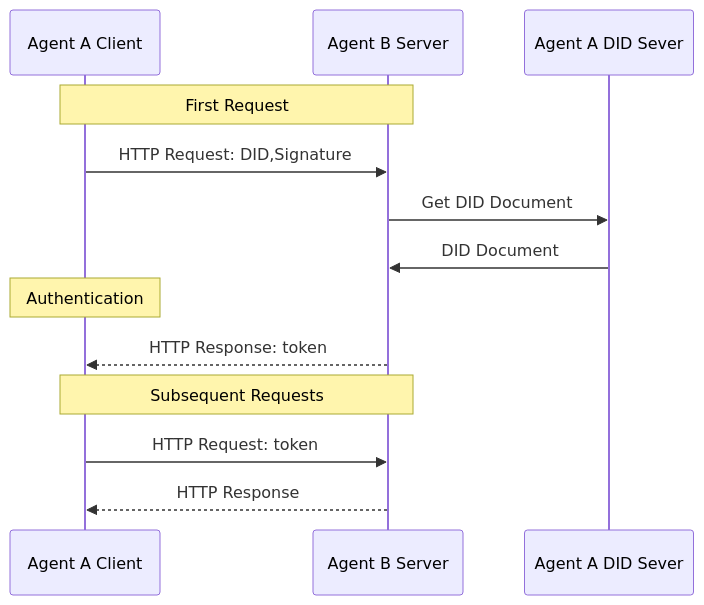
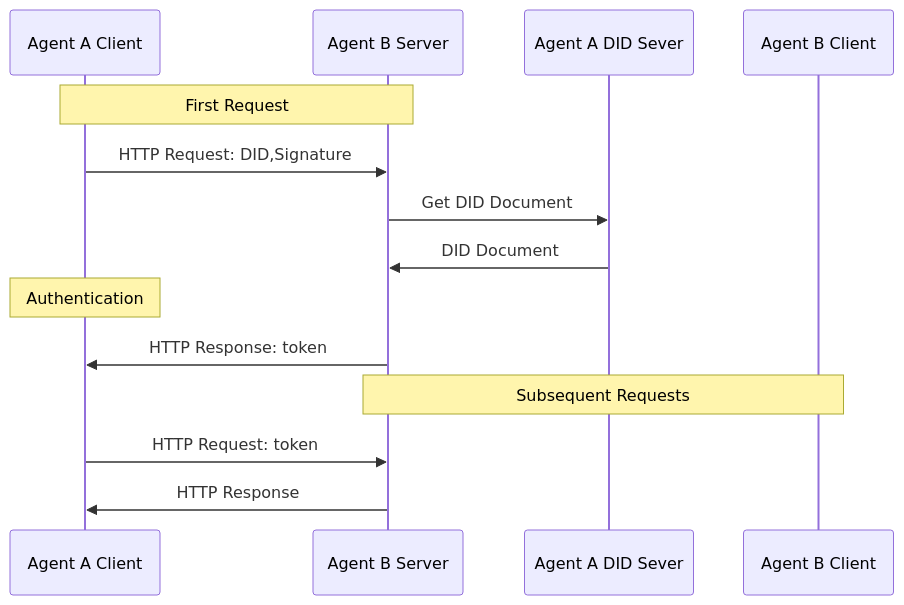
One commit to yumh1/AgentNetworkProtocol changed the diagram in chinese/03-did:wba方法规范.md. Above: the diagram before and after it, drawn with Mermaid. The commit also changed other lines of this file and 5 other files, not shown here.

````diff
--- a/chinese/03-did:wba方法规范.md
+++ b/chinese/03-did:wba方法规范.md
@@ -216,21 +216,21 @@
 ```mermaid
 sequenceDiagram
     participant Agent A Client
     participant Agent B Server 
     participant Agent A DID Sever
 
     Note over Agent A Client,Agent B Server: First Request
 
     Agent A Client->>Agent B Server: HTTP Request: DID,Signature
     Agent B Server->>Agent A DID Sever: Get DID Document
     Agent A DID Sever->>Agent B Server: DID Document
 
     Note over Agent A Client: Authentication
 
-    Agent B Server-->>Agent A Client: HTTP Response: token
+    Agent B Server->>Agent A Client: HTTP Response: token
 
-    Note over Agent A Client,Agent B Server: Subsequent Requests
+    Note over Agent B Client,Agent B Server: Subsequent Requests
 
     Agent A Client->>Agent B Server: HTTP Request: token
-    Agent B Server-->>Agent A Client: HTTP Response
+    Agent B Server->>Agent A Client: HTTP Response
 ```
````
